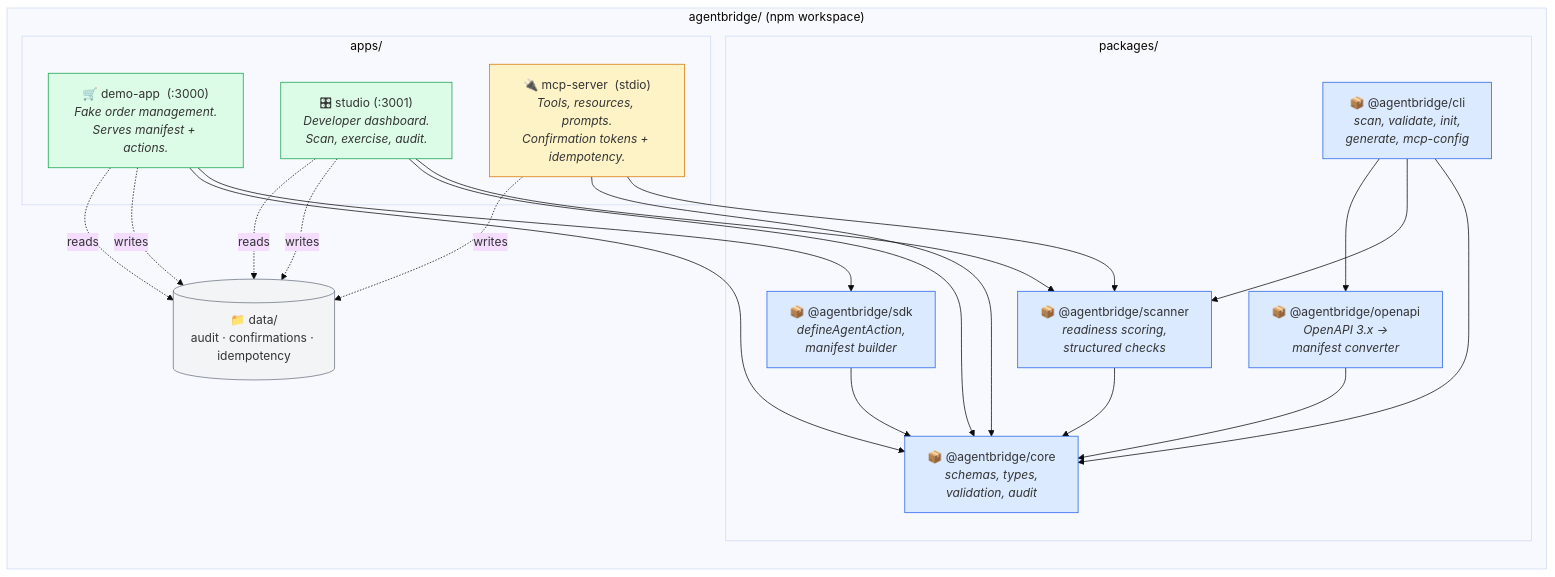
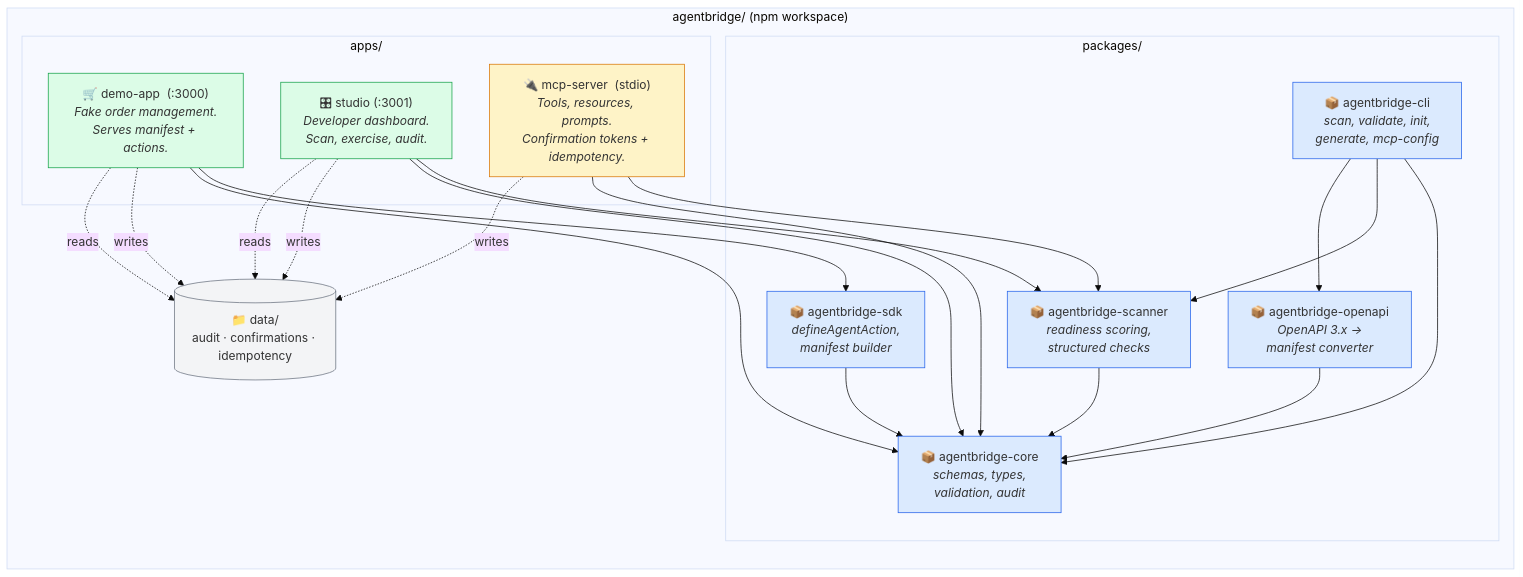
One commit to marmar9615-cloud/agentbridge-protocol changed the second of 3 diagrams in README.md. Above: the diagram before and after it, drawn with Mermaid (base theme). The commit also changed other lines of this file and 9 other files, not shown here.

````diff
--- a/README.md
+++ b/README.md
@@ -118,51 +134,51 @@
 ```mermaid
 flowchart TB
     subgraph workspace["agentbridge/ (npm workspace)"]
         direction TB
 
         subgraph packages["packages/"]
-            CORE["📦 @agentbridge/core<br/><i>schemas, types,<br/>validation, audit</i>"]
-            SDK["📦 @agentbridge/sdk<br/><i>defineAgentAction,<br/>manifest builder</i>"]
-            SCAN["📦 @agentbridge/scanner<br/><i>readiness scoring,<br/>structured checks</i>"]
-            OAPI["📦 @agentbridge/openapi<br/><i>OpenAPI 3.x →<br/>manifest converter</i>"]
-            CLI["📦 @agentbridge/cli<br/><i>scan, validate, init,<br/>generate, mcp-config</i>"]
+            CORE["📦 agentbridge-core<br/><i>schemas, types,<br/>validation, audit</i>"]
+            SDK["📦 agentbridge-sdk<br/><i>defineAgentAction,<br/>manifest builder</i>"]
+            SCAN["📦 agentbridge-scanner<br/><i>readiness scoring,<br/>structured checks</i>"]
+            OAPI["📦 agentbridge-openapi<br/><i>OpenAPI 3.x →<br/>manifest converter</i>"]
+            CLI["📦 agentbridge-cli<br/><i>scan, validate, init,<br/>generate, mcp-config</i>"]
         end
 
         subgraph apps["apps/"]
             DEMO["🛒 demo-app  (:3000)<br/><i>Fake order management.<br/>Serves manifest + actions.</i>"]
             STUDIO["🎛 studio  (:3001)<br/><i>Developer dashboard.<br/>Scan, exercise, audit.</i>"]
             MCP["🔌 mcp-server  (stdio)<br/><i>Tools, resources, prompts.<br/>Confirmation tokens + idempotency.</i>"]
         end
 
         DATA[("📁 data/<br/>audit · confirmations · idempotency")]
     end
 
     SDK --> CORE
     SCAN --> CORE
     OAPI --> CORE
     CLI --> CORE
     CLI --> SCAN
     CLI --> OAPI
     DEMO --> SDK
     DEMO --> CORE
     STUDIO --> SCAN
     STUDIO --> CORE
     MCP --> SCAN
     MCP --> CORE
 
     DEMO -.writes.-> DATA
     STUDIO -.writes.-> DATA
     MCP -.writes.-> DATA
     STUDIO -.reads.-> DATA
     DEMO -.reads.-> DATA
 
     style CORE fill:#dbeafe,stroke:#2563eb
     style SDK fill:#dbeafe,stroke:#2563eb
     style SCAN fill:#dbeafe,stroke:#2563eb
     style OAPI fill:#dbeafe,stroke:#2563eb
     style CLI fill:#dbeafe,stroke:#2563eb
     style DEMO fill:#dcfce7,stroke:#16a34a
     style STUDIO fill:#dcfce7,stroke:#16a34a
     style MCP fill:#fef3c7,stroke:#d97706
     style DATA fill:#f3f4f6,stroke:#6b7280
 ```
````
